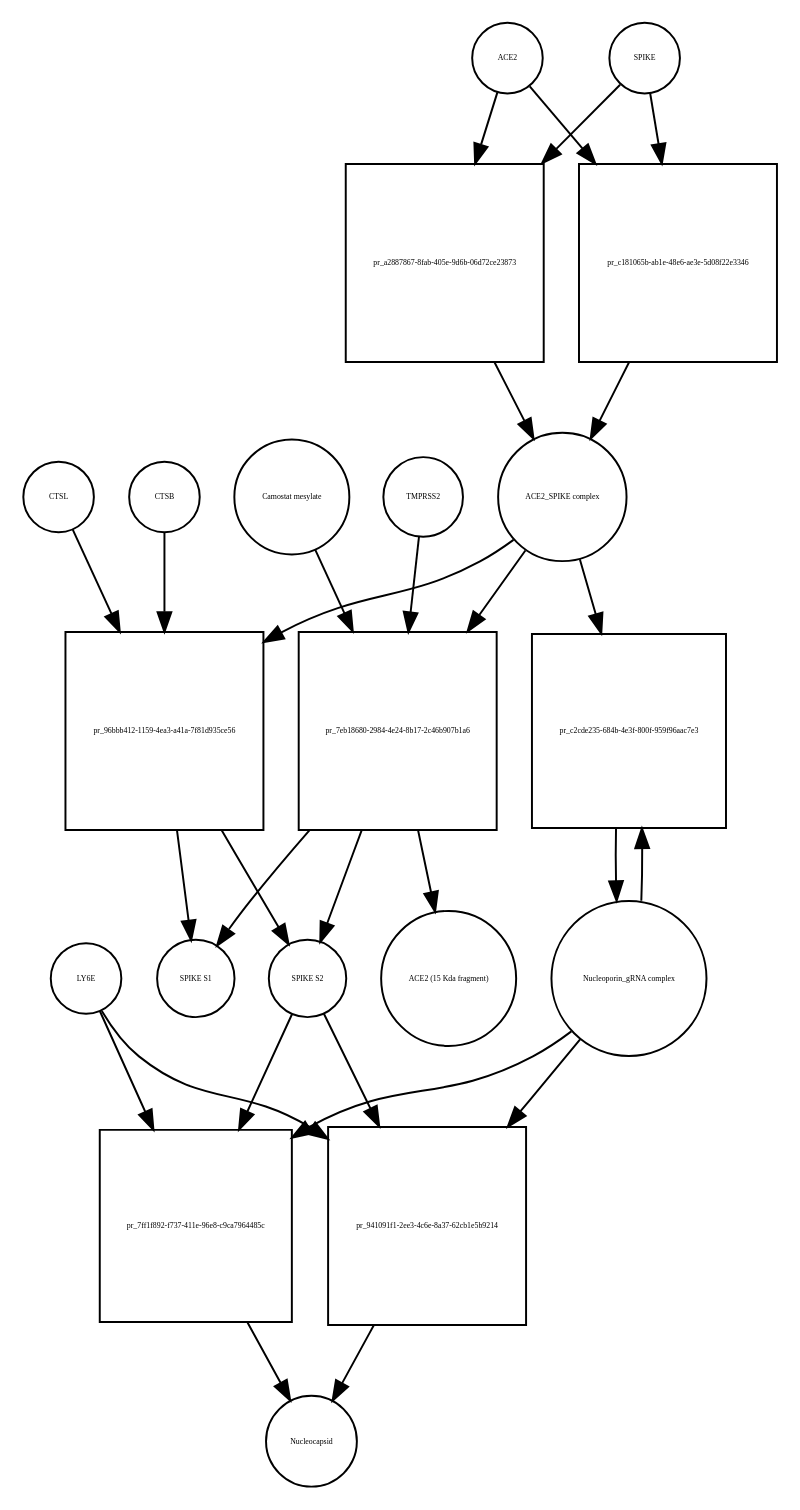
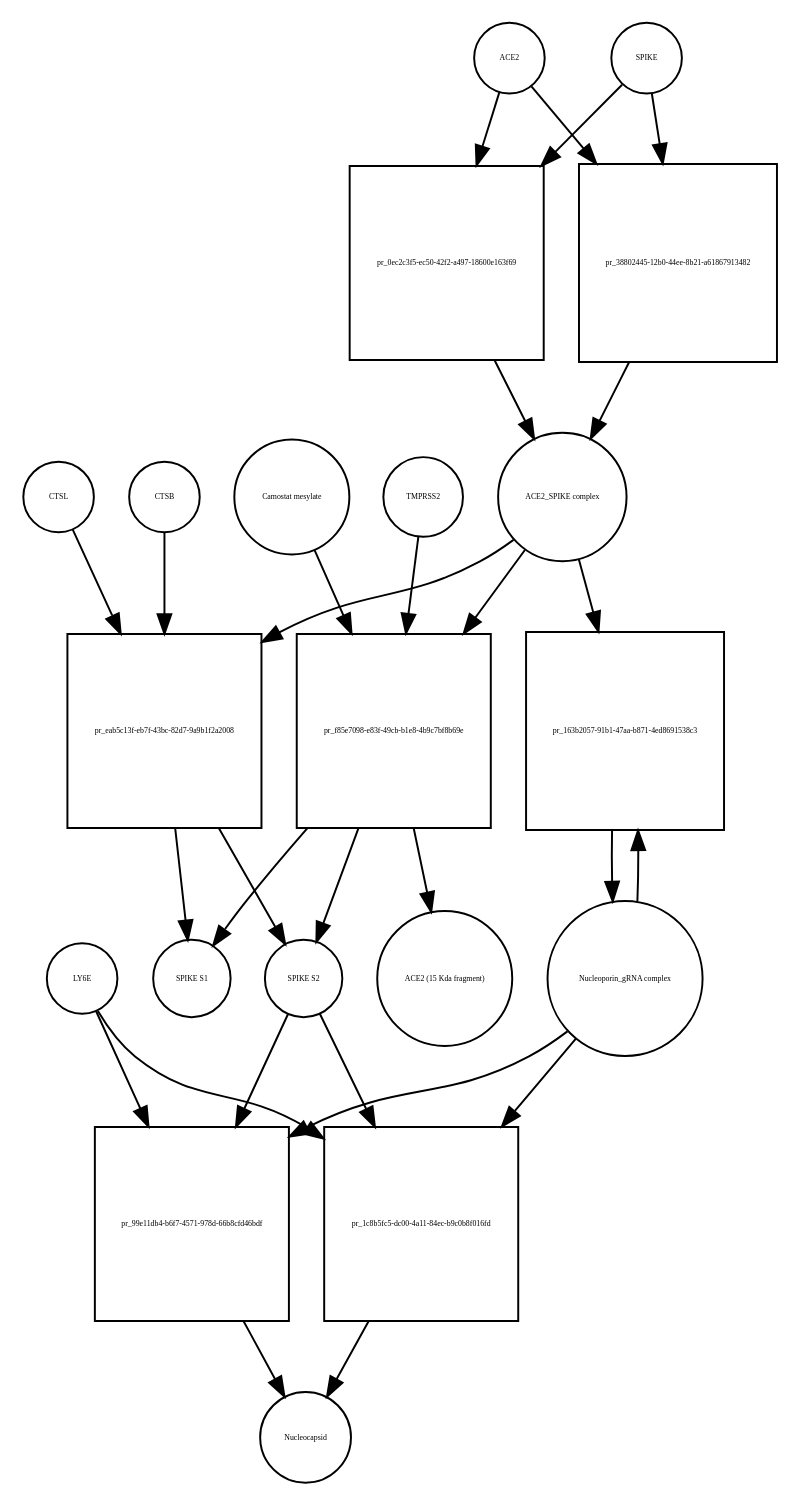
The diagram in Virus_replication_cycle_V01.xml_bipartite.dot (cannin/covid19-sbgn), drawn with Graphviz before and after one commit. The commit also changed 564 other files, not shown here.

```diff
--- a/Virus_replication_cycle_V01.xml_bipartite.dot
+++ b/Virus_replication_cycle_V01.xml_bipartite.dot
@@ -1,50 +1,50 @@
 strict digraph  {
 ACE2 [annotation="", bipartite=0, cls=macromolecule, fontsize=4, label=ACE2, shape=circle];
-"pr_a2887867-8fab-405e-9d6b-06d72ce23873" [annotation="", bipartite=1, cls=process, fontsize=4, label="pr_a2887867-8fab-405e-9d6b-06d72ce23873", shape=square];
+"pr_0ec2c3f5-ec50-42f2-a497-18600e163f69" [annotation="", bipartite=1, cls=process, fontsize=4, label="pr_0ec2c3f5-ec50-42f2-a497-18600e163f69", shape=square];
 "ACE2_SPIKE complex" [annotation="", bipartite=0, cls=complex, fontsize=4, label="ACE2_SPIKE complex", shape=circle];
 SPIKE [annotation="", bipartite=0, cls="macromolecule multimer", fontsize=4, label=SPIKE, shape=circle];
 "Nucleoporin_gRNA complex " [annotation="", bipartite=0, cls=complex, fontsize=4, label="Nucleoporin_gRNA complex ", shape=circle];
-"pr_c2cde235-684b-4e3f-800f-959f96aac7e3" [annotation="", bipartite=1, cls=process, fontsize=4, label="pr_c2cde235-684b-4e3f-800f-959f96aac7e3", shape=square];
-"pr_96bbb412-1159-4ea3-a41a-7f81d935ce56" [annotation="", bipartite=1, cls=process, fontsize=4, label="pr_96bbb412-1159-4ea3-a41a-7f81d935ce56", shape=square];
+"pr_163b2057-91b1-47aa-b871-4ed8691538c3" [annotation="", bipartite=1, cls=process, fontsize=4, label="pr_163b2057-91b1-47aa-b871-4ed8691538c3", shape=square];
+"pr_eab5c13f-eb7f-43bc-82d7-9a9b1f2a2008" [annotation="", bipartite=1, cls=process, fontsize=4, label="pr_eab5c13f-eb7f-43bc-82d7-9a9b1f2a2008", shape=square];
 "SPIKE S2" [annotation="", bipartite=0, cls=macromolecule, fontsize=4, label="SPIKE S2", shape=circle];
 CTSB [annotation="", bipartite=0, cls=macromolecule, fontsize=4, label=CTSB, shape=circle];
 CTSL [annotation="", bipartite=0, cls=macromolecule, fontsize=4, label=CTSL, shape=circle];
 "SPIKE S1" [annotation="", bipartite=0, cls=macromolecule, fontsize=4, label="SPIKE S1", shape=circle];
-"pr_7ff1f892-f737-411e-96e8-c9ca7964485c" [annotation="", bipartite=1, cls=process, fontsize=4, label="pr_7ff1f892-f737-411e-96e8-c9ca7964485c", shape=square];
+"pr_99e11db4-b6f7-4571-978d-66b8cfd46bdf" [annotation="", bipartite=1, cls=process, fontsize=4, label="pr_99e11db4-b6f7-4571-978d-66b8cfd46bdf", shape=square];
 Nucleocapsid [annotation="", bipartite=0, cls=complex, fontsize=4, label=Nucleocapsid, shape=circle];
 LY6E [annotation="", bipartite=0, cls=macromolecule, fontsize=4, label=LY6E, shape=circle];
-"pr_7eb18680-2984-4e24-8b17-2c46b907b1a6" [annotation="", bipartite=1, cls=process, fontsize=4, label="pr_7eb18680-2984-4e24-8b17-2c46b907b1a6", shape=square];
+"pr_f85e7098-e83f-49cb-b1e8-4b9c7bf8b69e" [annotation="", bipartite=1, cls=process, fontsize=4, label="pr_f85e7098-e83f-49cb-b1e8-4b9c7bf8b69e", shape=square];
 TMPRSS2 [annotation="", bipartite=0, cls=macromolecule, fontsize=4, label=TMPRSS2, shape=circle];
 "Camostat mesylate" [annotation="urn_miriam_pubchem.compound_2536", bipartite=0, cls="simple chemical", fontsize=4, label="Camostat mesylate", shape=circle];
 "ACE2 (15 Kda fragment)" [annotation="", bipartite=0, cls=macromolecule, fontsize=4, label="ACE2 (15 Kda fragment)", shape=circle];
-"pr_c181065b-ab1e-48e6-ae3e-5d08f22e3346" [annotation="", bipartite=1, cls=process, fontsize=4, label="pr_c181065b-ab1e-48e6-ae3e-5d08f22e3346", shape=square];
-"pr_941091f1-2ee3-4c6e-8a37-62cb1e5b9214" [annotation="", bipartite=1, cls=process, fontsize=4, label="pr_941091f1-2ee3-4c6e-8a37-62cb1e5b9214", shape=square];
-ACE2 -> "pr_a2887867-8fab-405e-9d6b-06d72ce23873"  [annotation="", interaction_type=consumption];
-ACE2 -> "pr_c181065b-ab1e-48e6-ae3e-5d08f22e3346"  [annotation="", interaction_type=consumption];
-"pr_a2887867-8fab-405e-9d6b-06d72ce23873" -> "ACE2_SPIKE complex"  [annotation="", interaction_type=production];
-"ACE2_SPIKE complex" -> "pr_c2cde235-684b-4e3f-800f-959f96aac7e3"  [annotation="urn_miriam_pubmed_32142651|urn_miriam_pubmed_32094589", interaction_type=stimulation];
-"ACE2_SPIKE complex" -> "pr_96bbb412-1159-4ea3-a41a-7f81d935ce56"  [annotation="", interaction_type=consumption];
-"ACE2_SPIKE complex" -> "pr_7eb18680-2984-4e24-8b17-2c46b907b1a6"  [annotation="", interaction_type=consumption];
-SPIKE -> "pr_a2887867-8fab-405e-9d6b-06d72ce23873"  [annotation="", interaction_type=consumption];
-SPIKE -> "pr_c181065b-ab1e-48e6-ae3e-5d08f22e3346"  [annotation="", interaction_type=consumption];
-"Nucleoporin_gRNA complex " -> "pr_c2cde235-684b-4e3f-800f-959f96aac7e3"  [annotation="", interaction_type=consumption];
-"Nucleoporin_gRNA complex " -> "pr_7ff1f892-f737-411e-96e8-c9ca7964485c"  [annotation="", interaction_type=consumption];
-"Nucleoporin_gRNA complex " -> "pr_941091f1-2ee3-4c6e-8a37-62cb1e5b9214"  [annotation="", interaction_type=consumption];
-"pr_c2cde235-684b-4e3f-800f-959f96aac7e3" -> "Nucleoporin_gRNA complex "  [annotation="", interaction_type=production];
-"pr_96bbb412-1159-4ea3-a41a-7f81d935ce56" -> "SPIKE S2"  [annotation="", interaction_type=production];
-"pr_96bbb412-1159-4ea3-a41a-7f81d935ce56" -> "SPIKE S1"  [annotation="", interaction_type=production];
-"SPIKE S2" -> "pr_7ff1f892-f737-411e-96e8-c9ca7964485c"  [annotation="urn_miriam_doi_10.1101%2F2020.03.05.979260|urn_miriam_pubmed_32142651|urn_miriam_pubmed_32094589", interaction_type=stimulation];
-"SPIKE S2" -> "pr_941091f1-2ee3-4c6e-8a37-62cb1e5b9214"  [annotation="urn_miriam_doi_10.1101%2F2020.03.05.979260", interaction_type=stimulation];
-CTSB -> "pr_96bbb412-1159-4ea3-a41a-7f81d935ce56"  [annotation=urn_miriam_pubmed_32142651, interaction_type=catalysis];
-CTSL -> "pr_96bbb412-1159-4ea3-a41a-7f81d935ce56"  [annotation=urn_miriam_pubmed_32142651, interaction_type=catalysis];
-"pr_7ff1f892-f737-411e-96e8-c9ca7964485c" -> Nucleocapsid  [annotation="", interaction_type=production];
-LY6E -> "pr_7ff1f892-f737-411e-96e8-c9ca7964485c"  [annotation="urn_miriam_doi_10.1101%2F2020.03.05.979260|urn_miriam_pubmed_32142651|urn_miriam_pubmed_32094589", interaction_type=inhibition];
-LY6E -> "pr_941091f1-2ee3-4c6e-8a37-62cb1e5b9214"  [annotation="urn_miriam_doi_10.1101%2F2020.03.05.979260", interaction_type=inhibition];
-"pr_7eb18680-2984-4e24-8b17-2c46b907b1a6" -> "SPIKE S2"  [annotation="", interaction_type=production];
-"pr_7eb18680-2984-4e24-8b17-2c46b907b1a6" -> "SPIKE S1"  [annotation="", interaction_type=production];
-"pr_7eb18680-2984-4e24-8b17-2c46b907b1a6" -> "ACE2 (15 Kda fragment)"  [annotation="", interaction_type=production];
-TMPRSS2 -> "pr_7eb18680-2984-4e24-8b17-2c46b907b1a6"  [annotation="urn_miriam_pubmed_32142651|urn_miriam_pubmed_32094589|urn_miriam_pubmed_24227843", interaction_type=catalysis];
-"Camostat mesylate" -> "pr_7eb18680-2984-4e24-8b17-2c46b907b1a6"  [annotation="urn_miriam_pubmed_32142651|urn_miriam_pubmed_32094589|urn_miriam_pubmed_24227843", interaction_type=inhibition];
-"pr_c181065b-ab1e-48e6-ae3e-5d08f22e3346" -> "ACE2_SPIKE complex"  [annotation="", interaction_type=production];
-"pr_941091f1-2ee3-4c6e-8a37-62cb1e5b9214" -> Nucleocapsid  [annotation="", interaction_type=production];
+"pr_38802445-12b0-44ee-8b21-a61867913482" [annotation="", bipartite=1, cls=process, fontsize=4, label="pr_38802445-12b0-44ee-8b21-a61867913482", shape=square];
+"pr_1c8b5fc5-dc00-4a11-84ec-b9c0b8f016fd" [annotation="", bipartite=1, cls=process, fontsize=4, label="pr_1c8b5fc5-dc00-4a11-84ec-b9c0b8f016fd", shape=square];
+ACE2 -> "pr_0ec2c3f5-ec50-42f2-a497-18600e163f69"  [annotation="", interaction_type=consumption];
+ACE2 -> "pr_38802445-12b0-44ee-8b21-a61867913482"  [annotation="", interaction_type=consumption];
+"pr_0ec2c3f5-ec50-42f2-a497-18600e163f69" -> "ACE2_SPIKE complex"  [annotation="", interaction_type=production];
+"ACE2_SPIKE complex" -> "pr_163b2057-91b1-47aa-b871-4ed8691538c3"  [annotation="urn_miriam_pubmed_32142651|urn_miriam_pubmed_32094589", interaction_type=stimulation];
+"ACE2_SPIKE complex" -> "pr_eab5c13f-eb7f-43bc-82d7-9a9b1f2a2008"  [annotation="", interaction_type=consumption];
+"ACE2_SPIKE complex" -> "pr_f85e7098-e83f-49cb-b1e8-4b9c7bf8b69e"  [annotation="", interaction_type=consumption];
+SPIKE -> "pr_0ec2c3f5-ec50-42f2-a497-18600e163f69"  [annotation="", interaction_type=consumption];
+SPIKE -> "pr_38802445-12b0-44ee-8b21-a61867913482"  [annotation="", interaction_type=consumption];
+"Nucleoporin_gRNA complex " -> "pr_163b2057-91b1-47aa-b871-4ed8691538c3"  [annotation="", interaction_type=consumption];
+"Nucleoporin_gRNA complex " -> "pr_99e11db4-b6f7-4571-978d-66b8cfd46bdf"  [annotation="", interaction_type=consumption];
+"Nucleoporin_gRNA complex " -> "pr_1c8b5fc5-dc00-4a11-84ec-b9c0b8f016fd"  [annotation="", interaction_type=consumption];
+"pr_163b2057-91b1-47aa-b871-4ed8691538c3" -> "Nucleoporin_gRNA complex "  [annotation="", interaction_type=production];
+"pr_eab5c13f-eb7f-43bc-82d7-9a9b1f2a2008" -> "SPIKE S2"  [annotation="", interaction_type=production];
+"pr_eab5c13f-eb7f-43bc-82d7-9a9b1f2a2008" -> "SPIKE S1"  [annotation="", interaction_type=production];
+"SPIKE S2" -> "pr_99e11db4-b6f7-4571-978d-66b8cfd46bdf"  [annotation="urn_miriam_doi_10.1101%2F2020.03.05.979260|urn_miriam_pubmed_32142651|urn_miriam_pubmed_32094589", interaction_type=stimulation];
+"SPIKE S2" -> "pr_1c8b5fc5-dc00-4a11-84ec-b9c0b8f016fd"  [annotation="urn_miriam_doi_10.1101%2F2020.03.05.979260", interaction_type=stimulation];
+CTSB -> "pr_eab5c13f-eb7f-43bc-82d7-9a9b1f2a2008"  [annotation=urn_miriam_pubmed_32142651, interaction_type=catalysis];
+CTSL -> "pr_eab5c13f-eb7f-43bc-82d7-9a9b1f2a2008"  [annotation=urn_miriam_pubmed_32142651, interaction_type=catalysis];
+"pr_99e11db4-b6f7-4571-978d-66b8cfd46bdf" -> Nucleocapsid  [annotation="", interaction_type=production];
+LY6E -> "pr_99e11db4-b6f7-4571-978d-66b8cfd46bdf"  [annotation="urn_miriam_doi_10.1101%2F2020.03.05.979260|urn_miriam_pubmed_32142651|urn_miriam_pubmed_32094589", interaction_type=inhibition];
+LY6E -> "pr_1c8b5fc5-dc00-4a11-84ec-b9c0b8f016fd"  [annotation="urn_miriam_doi_10.1101%2F2020.03.05.979260", interaction_type=inhibition];
+"pr_f85e7098-e83f-49cb-b1e8-4b9c7bf8b69e" -> "SPIKE S2"  [annotation="", interaction_type=production];
+"pr_f85e7098-e83f-49cb-b1e8-4b9c7bf8b69e" -> "SPIKE S1"  [annotation="", interaction_type=production];
+"pr_f85e7098-e83f-49cb-b1e8-4b9c7bf8b69e" -> "ACE2 (15 Kda fragment)"  [annotation="", interaction_type=production];
+TMPRSS2 -> "pr_f85e7098-e83f-49cb-b1e8-4b9c7bf8b69e"  [annotation="urn_miriam_pubmed_32142651|urn_miriam_pubmed_32094589|urn_miriam_pubmed_24227843", interaction_type=catalysis];
+"Camostat mesylate" -> "pr_f85e7098-e83f-49cb-b1e8-4b9c7bf8b69e"  [annotation="urn_miriam_pubmed_32142651|urn_miriam_pubmed_32094589|urn_miriam_pubmed_24227843", interaction_type=inhibition];
+"pr_38802445-12b0-44ee-8b21-a61867913482" -> "ACE2_SPIKE complex"  [annotation="", interaction_type=production];
+"pr_1c8b5fc5-dc00-4a11-84ec-b9c0b8f016fd" -> Nucleocapsid  [annotation="", interaction_type=production];
 }
```
